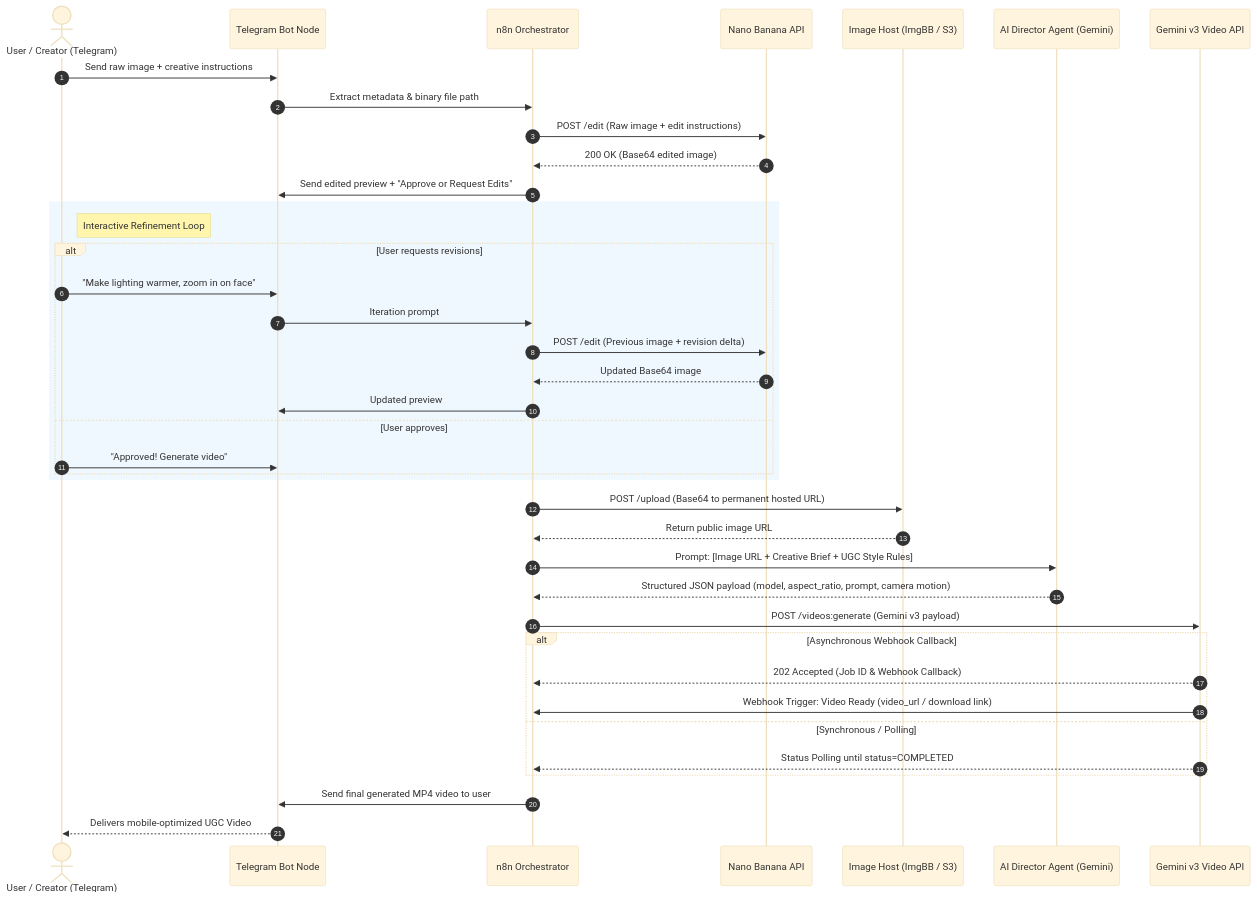
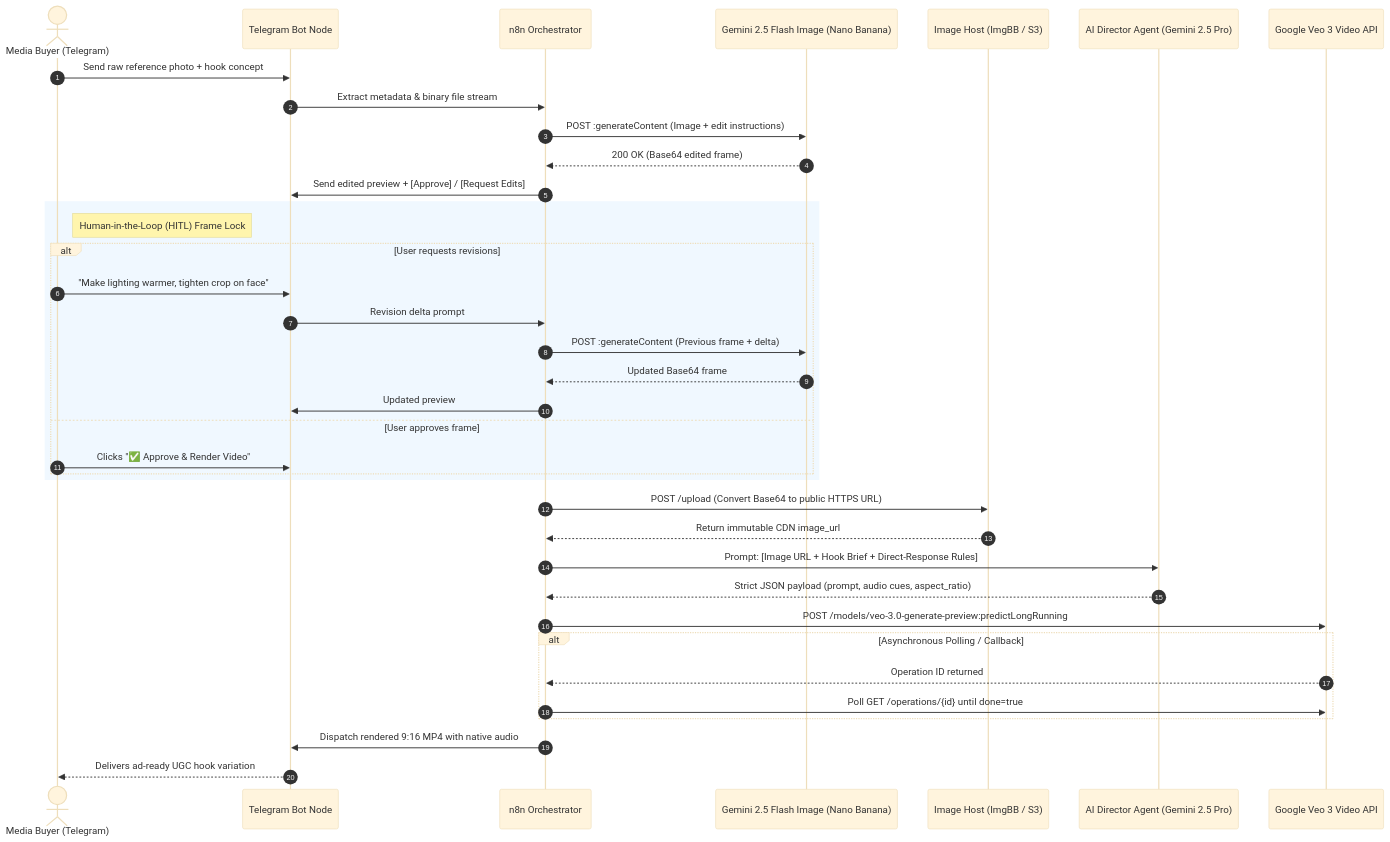
Before and after one commit to TechGenDM/Competitor-Ad-Spy-UGC-Script-Cloner-n8n-Apify-Gemini-Video-Analysis: the diagram in README.md, drawn with Mermaid (base theme). The commit also changed other lines of this file, not shown here.

Commit message:
docs: update README with Gemini Veo 3 pipeline details and HITL workflow

````diff
--- a/README.md
+++ b/README.md
@@ -53,46 +55,44 @@
 ```mermaid
 sequenceDiagram
     autonumber
-    actor User as User / Creator (Telegram)
+    actor User as Media Buyer (Telegram)
     participant TG as Telegram Bot Node
     participant N8N as n8n Orchestrator
-    participant NB as Nano Banana API
+    participant NB as Gemini 2.5 Flash Image (Nano Banana)
     participant CDN as Image Host (ImgBB / S3)
-    participant Agent as AI Director Agent (Gemini)
-    participant VideoAPI as Gemini v3 Video API
+    participant Agent as AI Director Agent (Gemini 2.5 Pro)
+    participant VideoAPI as Google Veo 3 Video API
 
-    User->>TG: Send raw image + creative instructions
-    TG->>N8N: Extract metadata & binary file path
-    N8N->>NB: POST /edit (Raw image + edit instructions)
-    NB-->>N8N: 200 OK (Base64 edited image)
-    N8N->>TG: Send edited preview + "Approve or Request Edits"
+    User->>TG: Send raw reference photo + hook concept
+    TG->>N8N: Extract metadata & binary file stream
+    N8N->>NB: POST :generateContent (Image + edit instructions)
+    NB-->>N8N: 200 OK (Base64 edited frame)
+    N8N->>TG: Send edited preview + [Approve] / [Request Edits]
     
     rect rgb(240, 248, 255)
-        note right of User: Interactive Refinement Loop
+        note right of User: Human-in-the-Loop (HITL) Frame Lock
         alt User requests revisions
-            User->>TG: "Make lighting warmer, zoom in on face"
-            TG->>N8N: Iteration prompt
-            N8N->>NB: POST /edit (Previous image + revision delta)
-            NB-->>N8N: Updated Base64 image
+            User->>TG: "Make lighting warmer, tighten crop on face"
+            TG->>N8N: Revision delta prompt
+            N8N->>NB: POST :generateContent (Previous frame + delta)
+            NB-->>N8N: Updated Base64 frame
             N8N->>TG: Updated preview
-        else User approves
-            User->>TG: "Approved! Generate video"
+        else User approves frame
+            User->>TG: Clicks "✅ Approve & Render Video"
         end
     end
 
-    N8N->>CDN: POST /upload (Base64 to permanent hosted URL)
-    CDN-->>N8N: Return public image URL
-    N8N->>Agent: Prompt: [Image URL + Creative Brief + UGC Style Rules]
-    Agent-->>N8N: Structured JSON payload (model, aspect_ratio, prompt, camera motion)
-    N8N->>VideoAPI: POST /videos:generate (Gemini v3 payload)
+    N8N->>CDN: POST /upload (Convert Base64 to public HTTPS URL)
+    CDN-->>N8N: Return immutable CDN image_url
+    N8N->>Agent: Prompt: [Image URL + Hook Brief + Direct-Response Rules]
+    Agent-->>N8N: Strict JSON payload (prompt, audio cues, aspect_ratio)
+    N8N->>VideoAPI: POST /models/veo-3.0-generate-preview:predictLongRunning
     
-    alt Asynchronous Webhook Callback
-        VideoAPI-->>N8N: 202 Accepted (Job ID & Webhook Callback)
-        VideoAPI->>N8N: Webhook Trigger: Video Ready (video_url / download link)
-    else Synchronous / Polling
-        VideoAPI-->>N8N: Status Polling until status=COMPLETED
+    alt Asynchronous Polling / Callback
+        VideoAPI-->>N8N: Operation ID returned
+        N8N->>VideoAPI: Poll GET /operations/{id} until done=true
     end
 
-    N8N->>TG: Send final generated MP4 video to user
-    TG-->>User: Delivers mobile-optimized UGC Video
+    N8N->>TG: Dispatch rendered 9:16 MP4 with native audio
+    TG-->>User: Delivers ad-ready UGC hook variation
 ```
````
